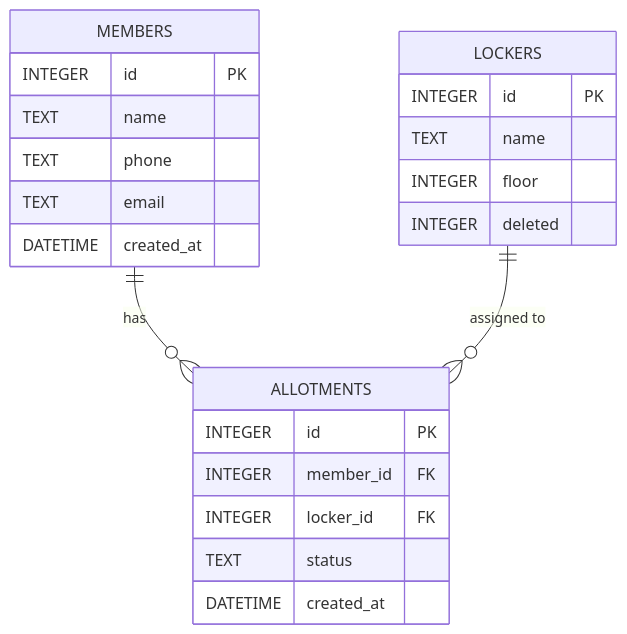
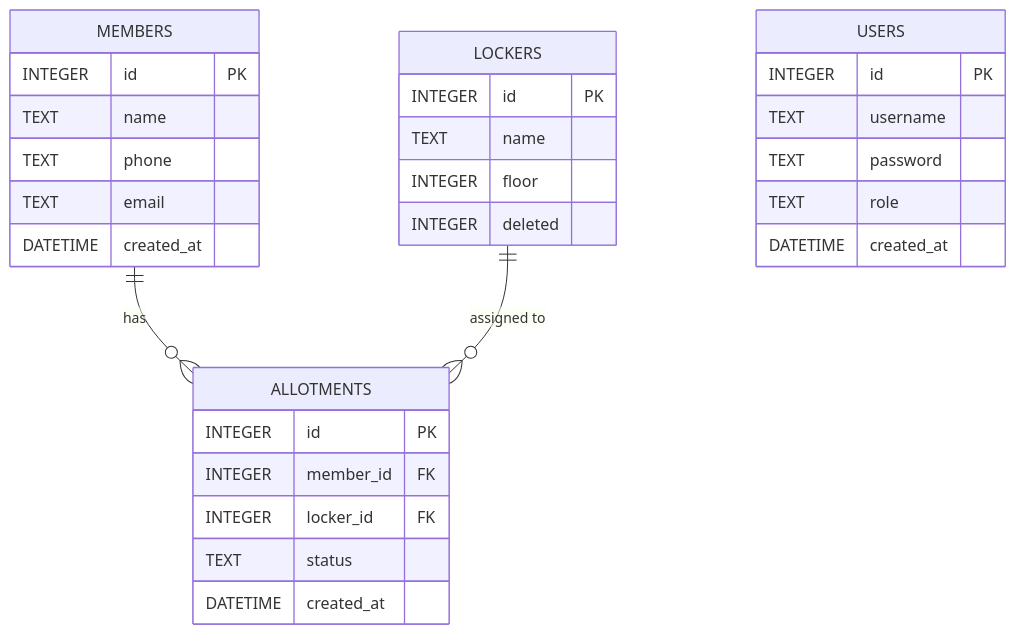
One commit to manikantareddemoni-glitch/fitnest-gym-api changed the diagram in README.md. Above: the diagram before and after it, drawn with Mermaid. The commit also changed other lines of this file and 21 other files, not shown here.

````diff
--- a/README.md
+++ b/README.md
@@ -117,28 +149,35 @@
 ```mermaid
 erDiagram
     MEMBERS ||--o{ ALLOTMENTS : "has"
     LOCKERS ||--o{ ALLOTMENTS : "assigned to"
+    USERS {
+        INTEGER id PK
+        TEXT username
+        TEXT password
+        TEXT role
+        DATETIME created_at
+    }
 
     MEMBERS {
         INTEGER id PK
         TEXT name
         TEXT phone
         TEXT email
         DATETIME created_at
     }
 
     LOCKERS {
         INTEGER id PK
         TEXT name
         INTEGER floor
         INTEGER deleted
     }
 
     ALLOTMENTS {
         INTEGER id PK
         INTEGER member_id FK
         INTEGER locker_id FK
         TEXT status
         DATETIME created_at
     }
 ```
````
